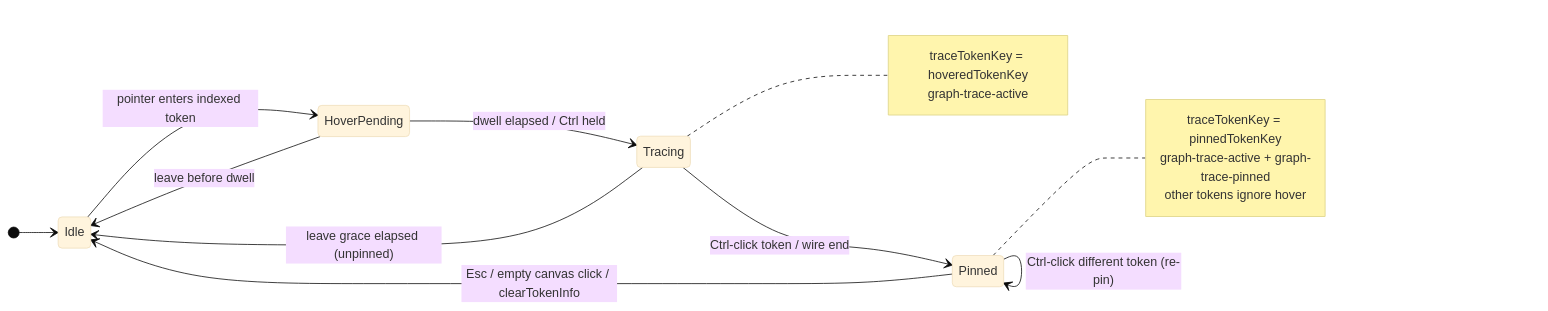
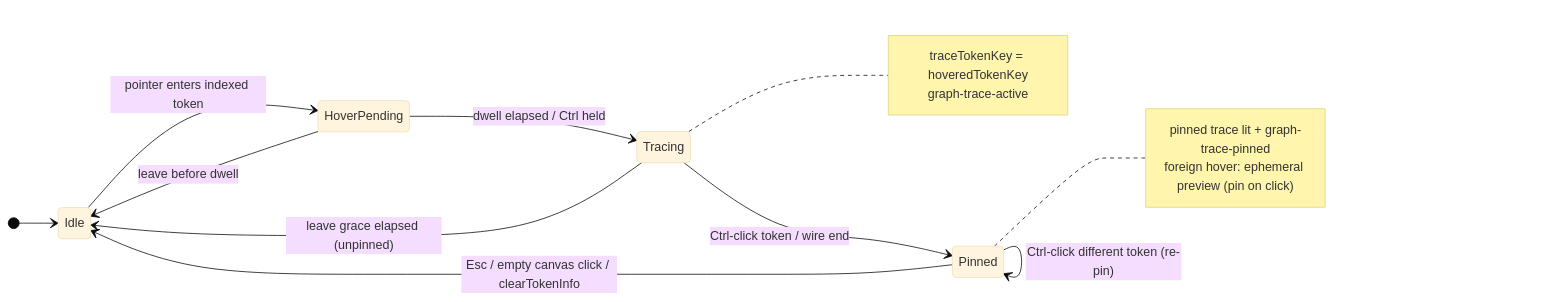
Before and after one commit to matkleve/codegrapher: the first of 10 diagrams in docs/specs/system/preview-edges.interactions.supplement.md, drawn with Mermaid (base theme). The commit also changed other lines of this file and 10 other files, not shown here.

First line of the commit message:
Refactor GraphInteractionContext and related components for improved hover and trace management

````diff
--- a/docs/specs/system/preview-edges.interactions.supplement.md
+++ b/docs/specs/system/preview-edges.interactions.supplement.md
@@ -9,26 +9,25 @@
 ```mermaid
 stateDiagram-v2
   direction LR
   [*] --> Idle
 
   Idle --> HoverPending: pointer enters indexed token
   HoverPending --> Idle: leave before dwell
   HoverPending --> Tracing: dwell elapsed / Ctrl held
 
   Tracing --> Idle: leave grace elapsed (unpinned)
   Tracing --> Pinned: Ctrl-click token / wire end
 
   Pinned --> Idle: Esc / empty canvas click / clearTokenInfo
   Pinned --> Pinned: Ctrl-click different token (re-pin)
 
   note right of Tracing
     traceTokenKey = hoveredTokenKey
     graph-trace-active
   end note
 
   note right of Pinned
-    traceTokenKey = pinnedTokenKey
-    graph-trace-active + graph-trace-pinned
-    other tokens ignore hover
+    pinned trace lit + graph-trace-pinned
+    foreign hover: ephemeral preview (pin on click)
   end note
 ```
````
